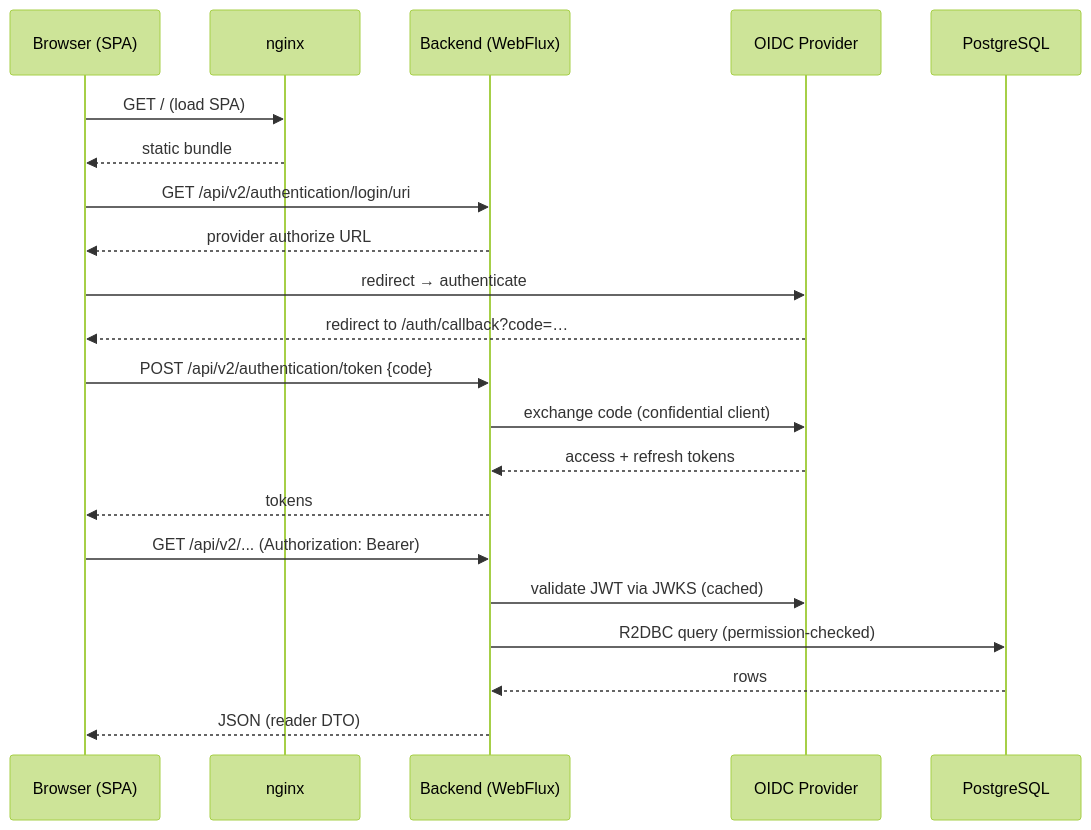
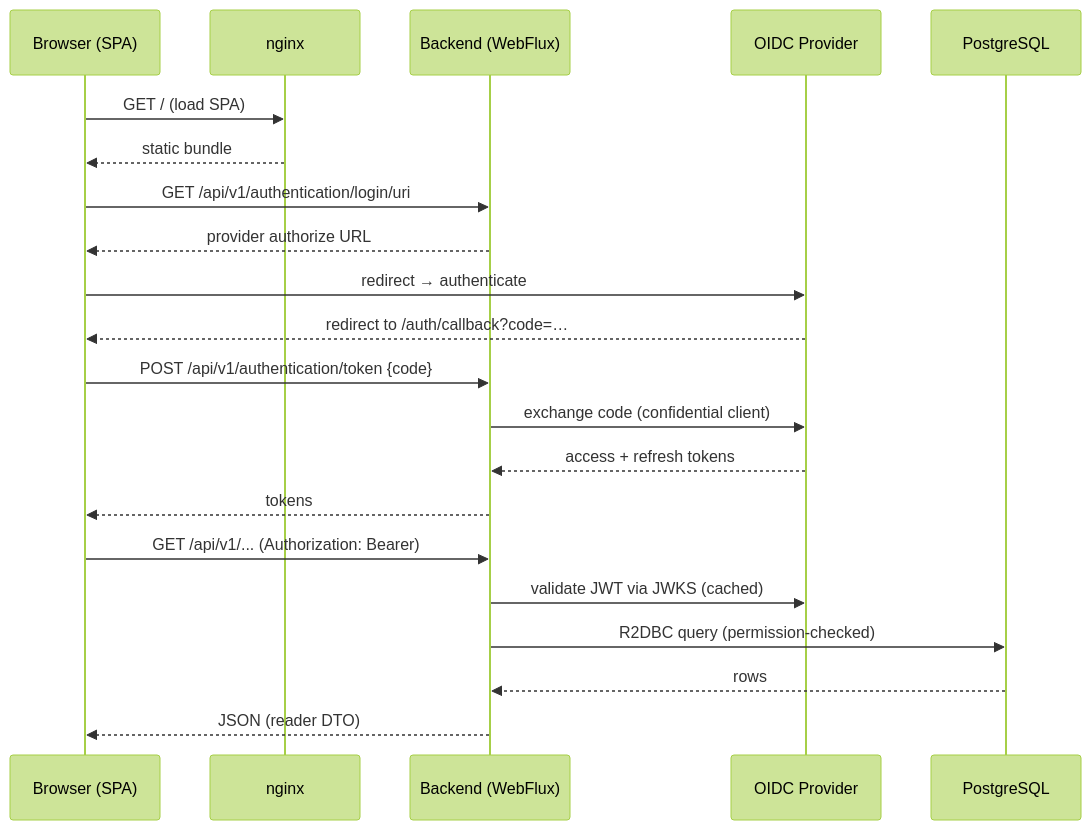
Before and after one commit to laucoin/Documentations: the second of 2 diagrams in documentation/registry/technical/architecture.md, drawn with Mermaid (forest theme). The commit also changed other lines of this file and 57 other files, not shown here.

````diff
--- a/documentation/registry/technical/architecture.md
+++ b/documentation/registry/technical/architecture.md
@@ -66,24 +66,24 @@
 ```mermaid
 sequenceDiagram
     participant B as Browser (SPA)
     participant N as nginx
     participant A as Backend (WebFlux)
     participant I as OIDC Provider
     participant D as PostgreSQL
 
     B->>N: GET / (load SPA)
     N-->>B: static bundle
-    B->>A: GET /api/v2/authentication/login/uri
+    B->>A: GET /api/v1/authentication/login/uri
     A-->>B: provider authorize URL
     B->>I: redirect → authenticate
     I-->>B: redirect to /auth/callback?code=…
-    B->>A: POST /api/v2/authentication/token {code}
+    B->>A: POST /api/v1/authentication/token {code}
     A->>I: exchange code (confidential client)
     I-->>A: access + refresh tokens
     A-->>B: tokens
-    B->>A: GET /api/v2/... (Authorization: Bearer)
+    B->>A: GET /api/v1/... (Authorization: Bearer)
     A->>I: validate JWT via JWKS (cached)
     A->>D: R2DBC query (permission-checked)
     D-->>A: rows
     A-->>B: JSON (reader DTO)
 ```
````
